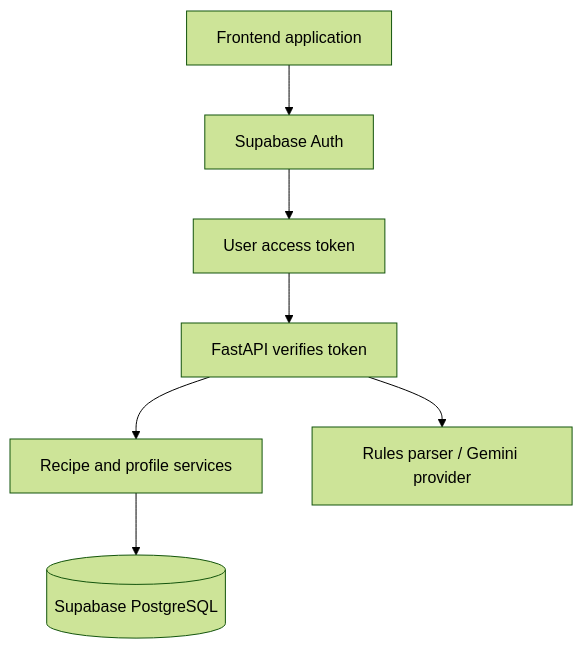
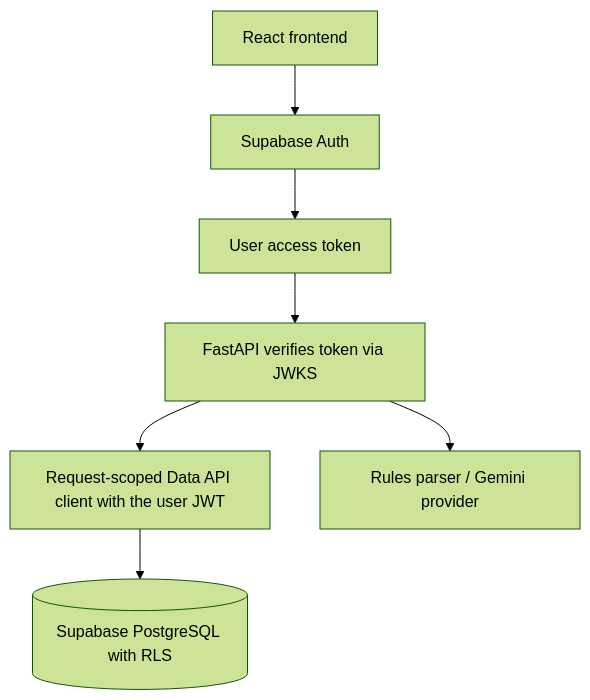
The third of 3 diagrams in README.md (shritamaraha05-codex/thakumas-recipe), drawn with Mermaid (forest theme) before and after one commit. The commit also changed other lines of this file and 4 other files, not shown here.

First line of the commit message:
[DOC] refresh architecture, data model, API, tasks and README for Supabase persistence

````diff
--- a/README.md
+++ b/README.md
@@ -148,9 +151,9 @@
 ```mermaid
 flowchart TD
-    A[Frontend application] --> B[Supabase Auth]
+    A[React frontend] --> B[Supabase Auth]
     B --> C[User access token]
-    C --> D[FastAPI verifies token]
-    D --> E[Recipe and profile services]
-    E --> F[(Supabase PostgreSQL)]
+    C --> D[FastAPI verifies token via JWKS]
+    D --> E[Request-scoped Data API client with the user JWT]
+    E --> F[(Supabase PostgreSQL with RLS)]
     D --> G[Rules parser / Gemini provider]
 ```
````
